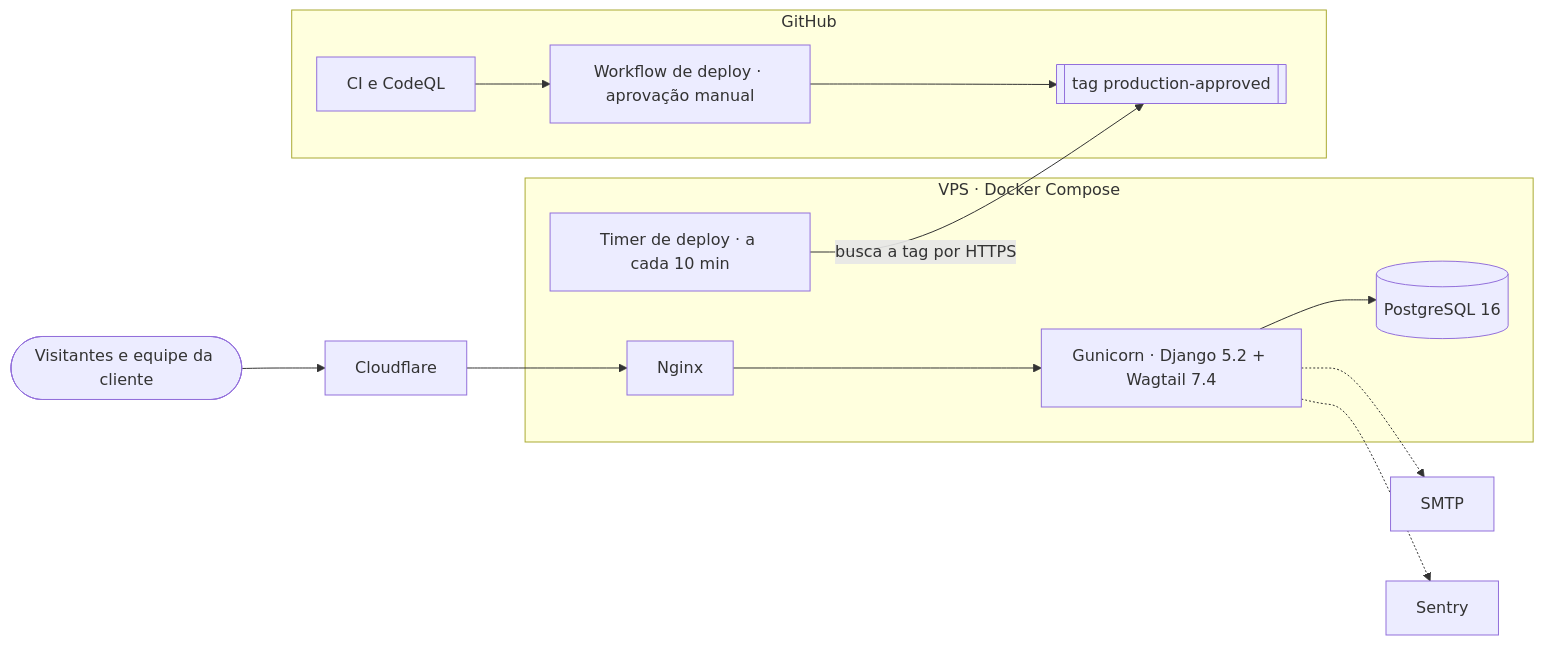
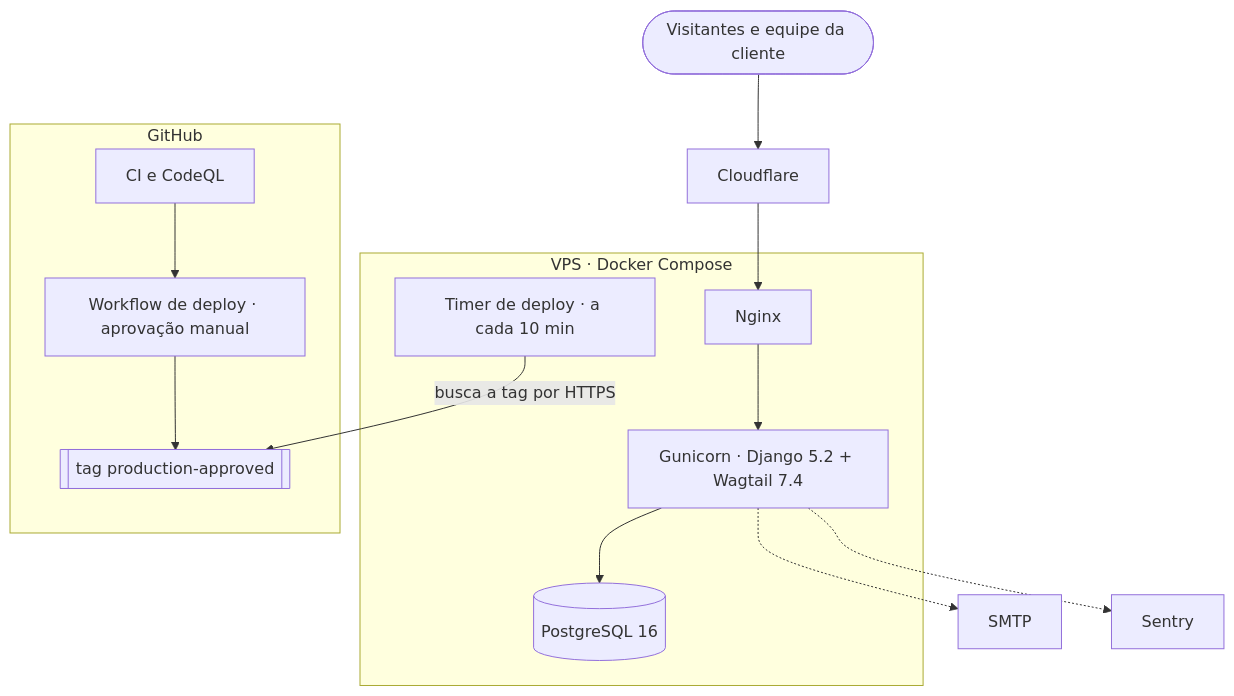
One commit to Sitr3n01/news_portal changed the diagram in README.pt-BR.md. Above: the diagram before and after it, drawn with Mermaid. The commit also changed 1 other file, not shown here.

Commit message:
docs: draw the architecture diagram top-down so it reads without zooming

````diff
--- a/README.pt-BR.md
+++ b/README.pt-BR.md
@@ -83,16 +83,16 @@
 ```mermaid
-flowchart LR
+flowchart TD
     users([Visitantes e equipe da cliente]) --> cf[Cloudflare]
+    cf --> nginx
     subgraph vps[VPS · Docker Compose]
         nginx[Nginx] --> app[Gunicorn · Django 5.2 + Wagtail 7.4]
         app --> db[(PostgreSQL 16)]
         timer[Timer de deploy · a cada 10 min]
     end
-    cf --> nginx
     app -.-> mail[SMTP]
     app -.-> sentry[Sentry]
     subgraph gh[GitHub]
         checks[CI e CodeQL] --> approve[Workflow de deploy · aprovação manual] --> tag[[tag production-approved]]
     end
     timer -- busca a tag por HTTPS --> tag
 ```
````
